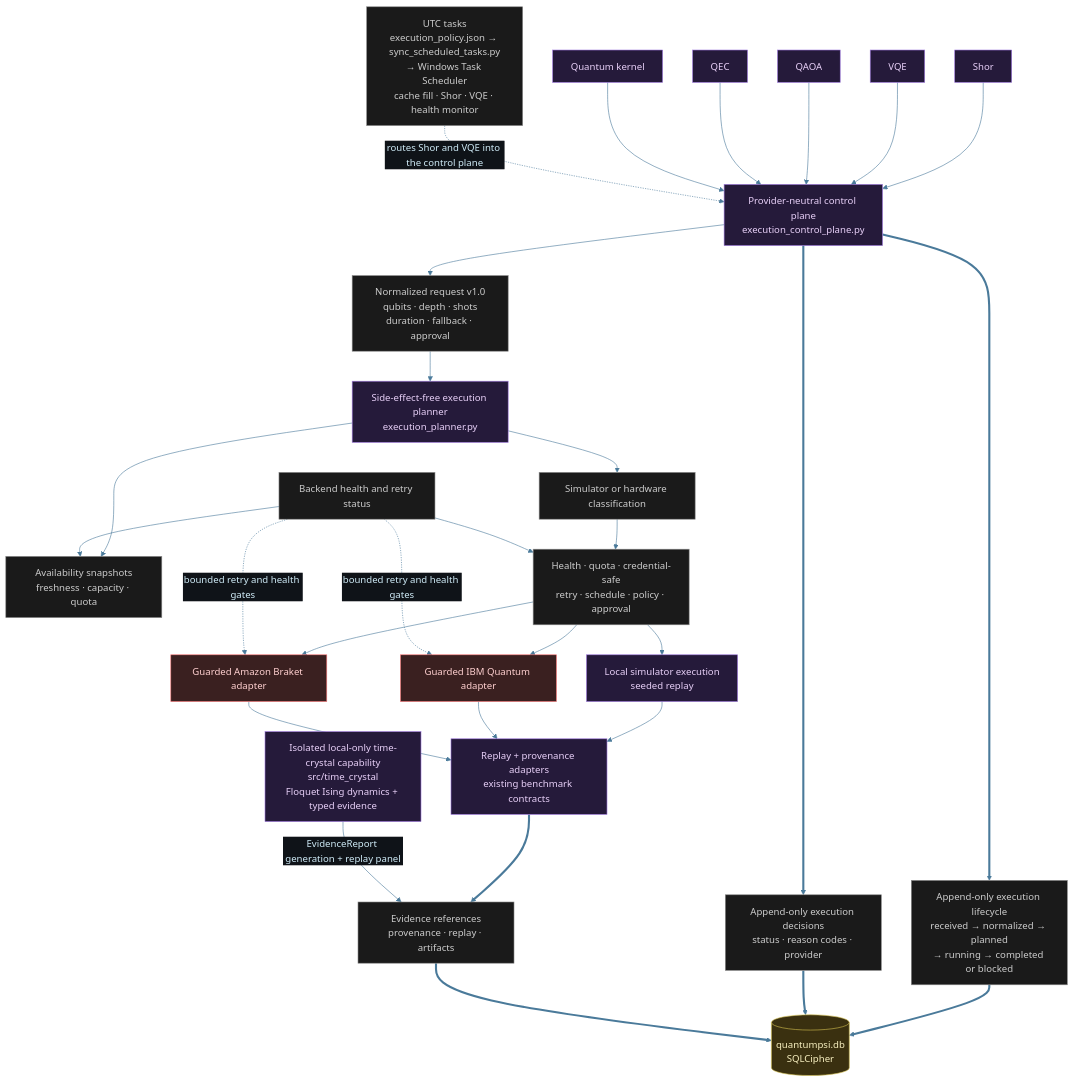
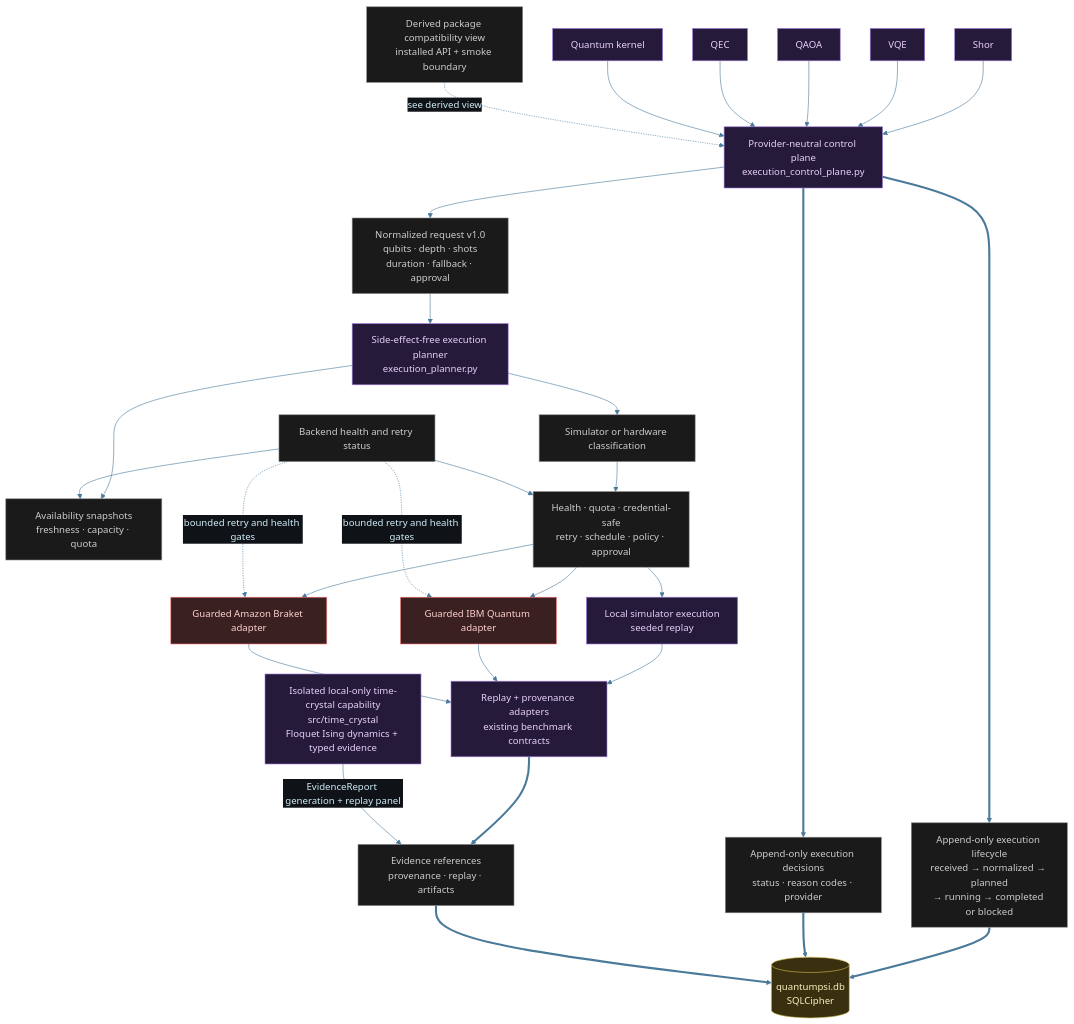
Before and after one commit to tylerdrakemusic/Quantum: the diagram in diagrams/quantum-architecture.mmd, drawn with Mermaid. The commit also changed 1 other file, not shown here.

Commit message:
⟨ψ⟩ quantum: preserve architecture overview traceability (FR-20261019-quantum-scheduled-run-restoration)

```diff
--- a/diagrams/quantum-architecture.mmd
+++ b/diagrams/quantum-architecture.mmd
@@ -1,64 +1,66 @@
 %%{init: {'theme': 'base', 'themeVariables': {'primaryColor': '#1a2e3a', 'primaryTextColor': '#d0ecf8', 'edgeLabelBackground': '#0f1318', 'lineColor': '#4a7a9a'}}}%%
 %% is_derived_view=false
 %% Traceability.derived_views: diagrams/quantum-derived-cache-integrity.mmd, diagrams/quantum-randomness-service.mmd, diagrams/quantum-package-compatibility.mmd, diagrams/quantum-benchmark-run-status.mmd
 graph TB
     Shor[Shor]:::quantum
     VQE[VQE]:::quantum
     QAOA[QAOA]:::quantum
     QEC[QEC]:::quantum
     Kernel[Quantum kernel]:::quantum
     ControlPlane[Provider-neutral control plane<br/>execution_control_plane.py]:::quantum
     Normalized[Normalized request v1.0<br/>qubits · depth · shots<br/>duration · fallback · approval]:::state
     Planner[Side-effect-free execution planner<br/>execution_planner.py]:::quantum
     Snapshots[Availability snapshots<br/>freshness · capacity · quota]:::state
     Classifier[Simulator or hardware classification]:::state
     Gates[Health · quota · credential-safe<br/>retry · schedule · policy · approval]:::state
     Simulator[Local simulator execution<br/>seeded replay]:::quantum
     IBM[Guarded IBM Quantum adapter]:::ext
     Braket[Guarded Amazon Braket adapter]:::ext
     Replay[Replay + provenance adapters<br/>existing benchmark contracts]:::quantum
     Evidence[Evidence references<br/>provenance · replay · artifacts]:::state
     QuantumDB[(quantumpsi.db<br/>SQLCipher)]:::db
     Lifecycle[Append-only execution lifecycle<br/>received → normalized → planned<br/>→ running → completed or blocked]:::state
     Decisions[Append-only execution decisions<br/>status · reason codes · provider]:::state
     Health[Backend health and retry status]:::state
-    TaskSync[UTC tasks<br/>execution_policy.json → sync_scheduled_tasks.py<br/>→ Windows Task Scheduler<br/>cache fill · Shor · VQE · health monitor]:::state
+    PackageCompat[Derived package compatibility view<br/>installed API + smoke boundary]:::state
     TimeCrystal[Isolated local-only time-crystal capability<br/>src/time_crystal<br/>Floquet Ising dynamics + typed evidence]:::quantum
     Shor --> ControlPlane
     VQE --> ControlPlane
     QAOA --> ControlPlane
     QEC --> ControlPlane
     Kernel --> ControlPlane
     ControlPlane --> Normalized --> Planner
     Planner --> Snapshots
     Planner --> Classifier
     Classifier --> Gates
     Gates --> Simulator
     Gates --> IBM
     Gates --> Braket
     Simulator --> Replay
     IBM --> Replay
     Braket --> Replay
     Replay ==> Evidence
     ControlPlane ==> Lifecycle
     ControlPlane ==> Decisions
     Lifecycle ==> QuantumDB
     Decisions ==> QuantumDB
     Evidence ==> QuantumDB
     Health --> Snapshots
     Health --> Gates
     Health -.->|bounded retry and health gates| IBM
     Health -.->|bounded retry and health gates| Braket
     TimeCrystal -->|"EvidenceReport generation + replay panel"| Evidence
-    TaskSync -.->|routes Shor and VQE into the control plane| ControlPlane
+    PackageCompat -.->|"see derived view"| ControlPlane
 
+%% Scheduled tasks for cache, Shor, VQE, and provider health are generated from
+%% execution_policy.json → sync_scheduled_tasks.py → Windows Task Scheduler.
 classDef life     fill:#1a2e3a,stroke:#6ab4d4,color:#d0ecf8
 classDef music    fill:#3a1a24,stroke:#d47a8f,color:#f8d0dc
 classDef quantum  fill:#251a3a,stroke:#a07adf,color:#e8d0f8
 classDef manifest fill:#3a2e1a,stroke:#d4a96a,color:#f8ead0
 classDef ws       fill:#1a3a30,stroke:#6ad4b4,color:#d0f8ee
 classDef tyler    fill:#2a1a3a,stroke:#9e4aff,color:#fff
 classDef ext      fill:#3a2020,stroke:#ff7a7a,color:#ffd0d0
 classDef db       fill:#3a3010,stroke:#d4c050,color:#f8f0c0
 classDef state    fill:#1a1a1a,stroke:#888888,color:#cccccc
 classDef store    fill:#1a3a30,stroke:#6ad4b4,color:#d0f8ee
```
